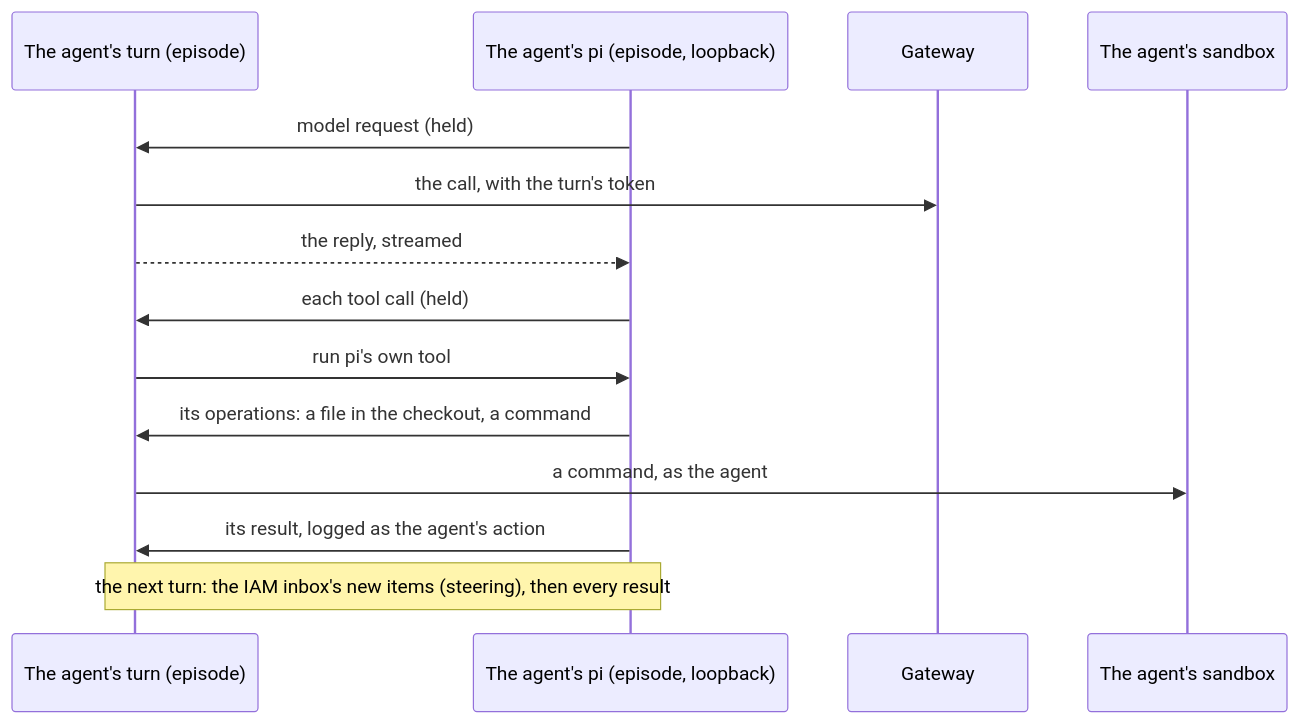
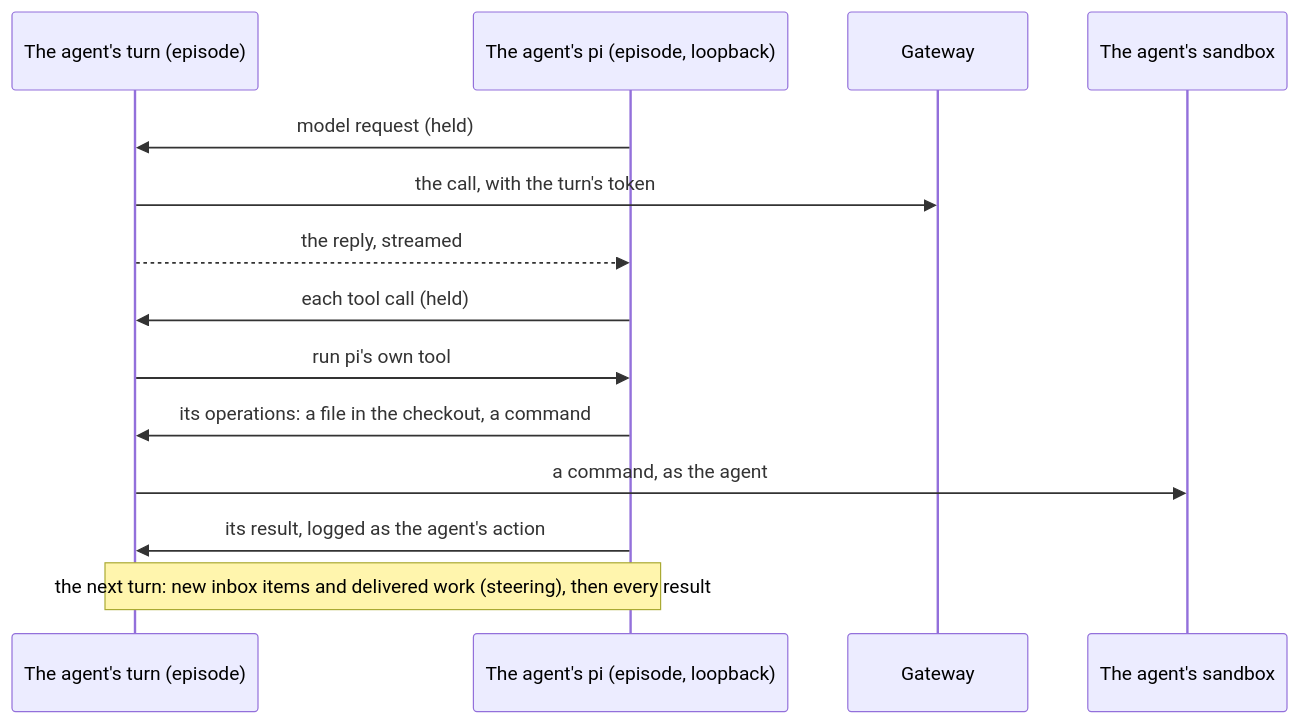
The diagram in docs/pi-harness.md (SreeSharvesh/loc-arena), drawn with Mermaid before and after one commit. The commit also changed other lines of this file and 10 other files, not shown here.

First line of the commit message:
Deliver each agent's work at the start of its turn

````diff
--- a/docs/pi-harness.md
+++ b/docs/pi-harness.md
@@ -17,16 +17,16 @@
 ```mermaid
 sequenceDiagram
     participant Turn as The agent's turn (episode)
     participant Pi as The agent's pi (episode, loopback)
     participant GW as Gateway
     participant SB as The agent's sandbox
     Pi->>Turn: model request (held)
     Turn->>GW: the call, with the turn's token
     Turn-->>Pi: the reply, streamed
     Pi->>Turn: each tool call (held)
     Turn->>Pi: run pi's own tool
     Pi->>Turn: its operations: a file in the checkout, a command
     Turn->>SB: a command, as the agent
     Pi->>Turn: its result, logged as the agent's action
-    Note over Turn,Pi: the next turn: the IAM inbox's new items (steering), then every result
+    Note over Turn,Pi: the next turn: new inbox items and delivered work (steering), then every result
 ```
````
